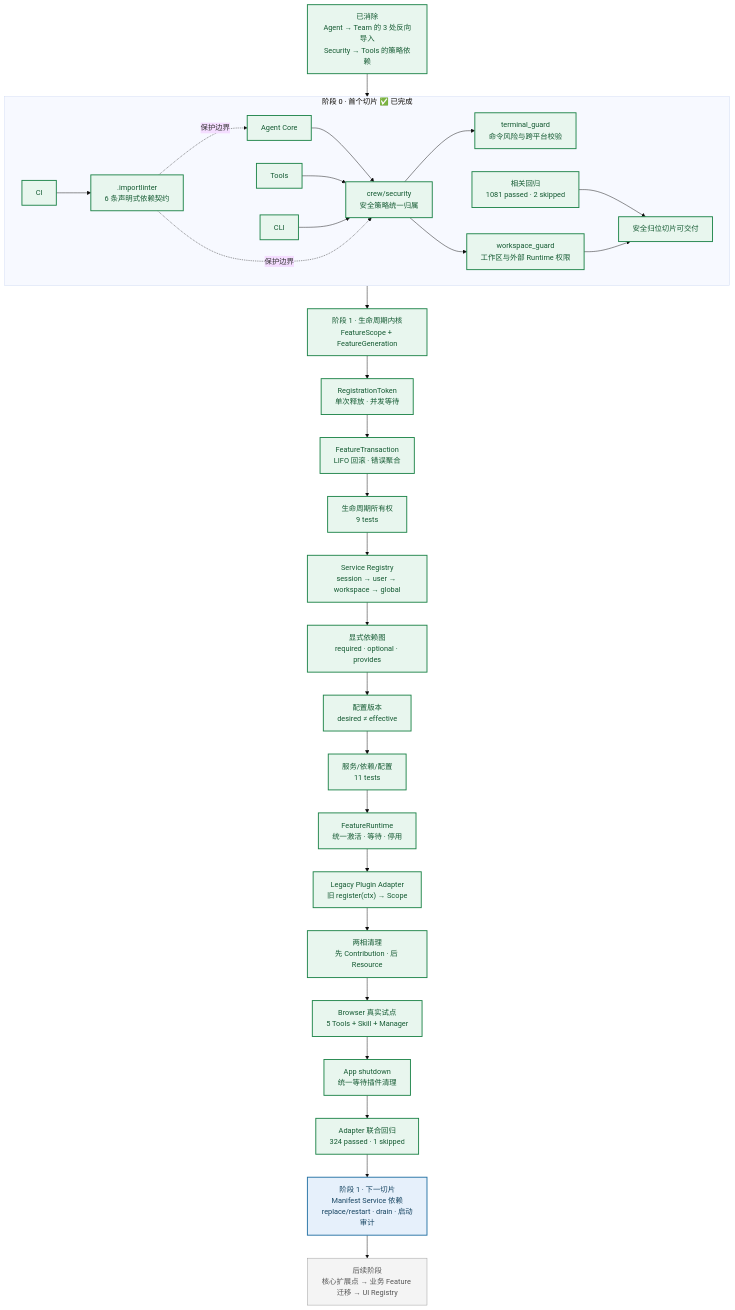
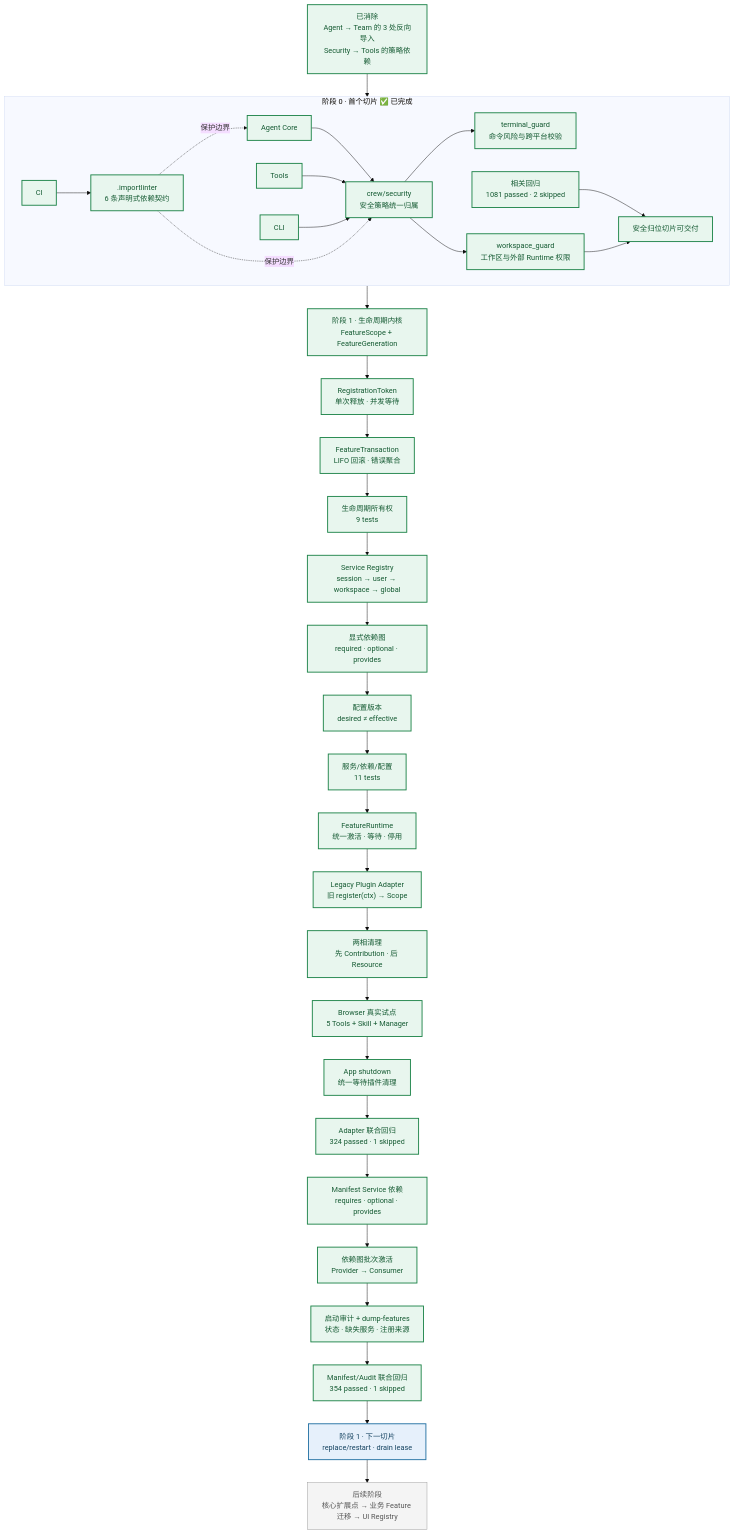
Before and after one commit to shuishenghualalala/Ace: the first of 11 diagrams in docs/todo/ace-plugin-architecture-evolution-plan.md, drawn with Mermaid (base theme). The commit also changed other lines of this file and 21 other files, not shown here.

Commit message:
feat(features): enforce manifest service dependencies

````diff
--- a/docs/todo/ace-plugin-architecture-evolution-plan.md
+++ b/docs/todo/ace-plugin-architecture-evolution-plan.md
@@ -14,42 +14,46 @@
 ```mermaid
 flowchart TB
     subgraph Done["阶段 0 · 首个切片 ✅ 已完成"]
         direction LR
         Agent["Agent Core"] --> Security["crew/security<br/>安全策略统一归属"]
         Tools["Tools"] --> Security
         CLI["CLI"] --> Security
         Security --> Terminal["terminal_guard<br/>命令风险与跨平台校验"]
         Security --> Workspace["workspace_guard<br/>工作区与外部 Runtime 权限"]
 
         CI["CI"] --> Contracts[".importlinter<br/>6 条声明式依赖契约"]
         Contracts -.->|保护边界| Agent
         Contracts -.->|保护边界| Security
         Tests["相关回归<br/>1081 passed · 2 skipped"] --> DoneMark["安全归位切片可交付"]
     end
 
     Removed["已消除<br/>Agent → Team 的 3 处反向导入<br/>Security → Tools 的策略依赖"] --> Security
     Workspace --> DoneMark
     DoneMark --> Scope["阶段 1 · 生命周期内核<br/>FeatureScope + FeatureGeneration"]
     Scope --> Token["RegistrationToken<br/>单次释放 · 并发等待"]
     Token --> Rollback["FeatureTransaction<br/>LIFO 回滚 · 错误聚合"]
     Rollback --> RuntimeTests["生命周期所有权<br/>9 tests"]
     RuntimeTests --> Services["Service Registry<br/>session → user → workspace → global"]
     Services --> Dependencies["显式依赖图<br/>required · optional · provides"]
     Dependencies --> Config["配置版本<br/>desired ≠ effective"]
     Config --> ServiceTests["服务/依赖/配置<br/>11 tests"]
     ServiceTests --> Runtime["FeatureRuntime<br/>统一激活 · 等待 · 停用"]
     Runtime --> Adapter["Legacy Plugin Adapter<br/>旧 register(ctx) → Scope"]
     Adapter --> Phases["两相清理<br/>先 Contribution · 后 Resource"]
     Phases --> Browser["Browser 真实试点<br/>5 Tools + Skill + Manager"]
     Browser --> Shutdown["App shutdown<br/>统一等待插件清理"]
     Shutdown --> AdapterTests["Adapter 联合回归<br/>324 passed · 1 skipped"]
-    AdapterTests --> Next["阶段 1 · 下一切片<br/>Manifest Service 依赖<br/>replace/restart · drain · 启动审计"]
+    AdapterTests --> Manifest["Manifest Service 依赖<br/>requires · optional · provides"]
+    Manifest --> Ordered["依赖图批次激活<br/>Provider → Consumer"]
+    Ordered --> Audit["启动审计 + dump-features<br/>状态 · 缺失服务 · 注册来源"]
+    Audit --> ManifestTests["Manifest/Audit 联合回归<br/>354 passed · 1 skipped"]
+    ManifestTests --> Next["阶段 1 · 下一切片<br/>replace/restart · drain lease"]
     Next --> Later["后续阶段<br/>核心扩展点 → 业务 Feature 迁移 → UI Registry"]
 
     classDef done fill:#e8f6ee,stroke:#1e8449,color:#145a32,stroke-width:2px
     classDef next fill:#e6f0fb,stroke:#2471a3,color:#154360,stroke-width:2px
     classDef pending fill:#f4f4f4,stroke:#999999,color:#555555
-    class Agent,Tools,CLI,Security,Terminal,Workspace,CI,Contracts,Tests,DoneMark,Removed,Scope,Token,Rollback,RuntimeTests,Services,Dependencies,Config,ServiceTests,Runtime,Adapter,Phases,Browser,Shutdown,AdapterTests done
+    class Agent,Tools,CLI,Security,Terminal,Workspace,CI,Contracts,Tests,DoneMark,Removed,Scope,Token,Rollback,RuntimeTests,Services,Dependencies,Config,ServiceTests,Runtime,Adapter,Phases,Browser,Shutdown,AdapterTests,Manifest,Ordered,Audit,ManifestTests done
     class Next next
     class Later pending
 ```
````
